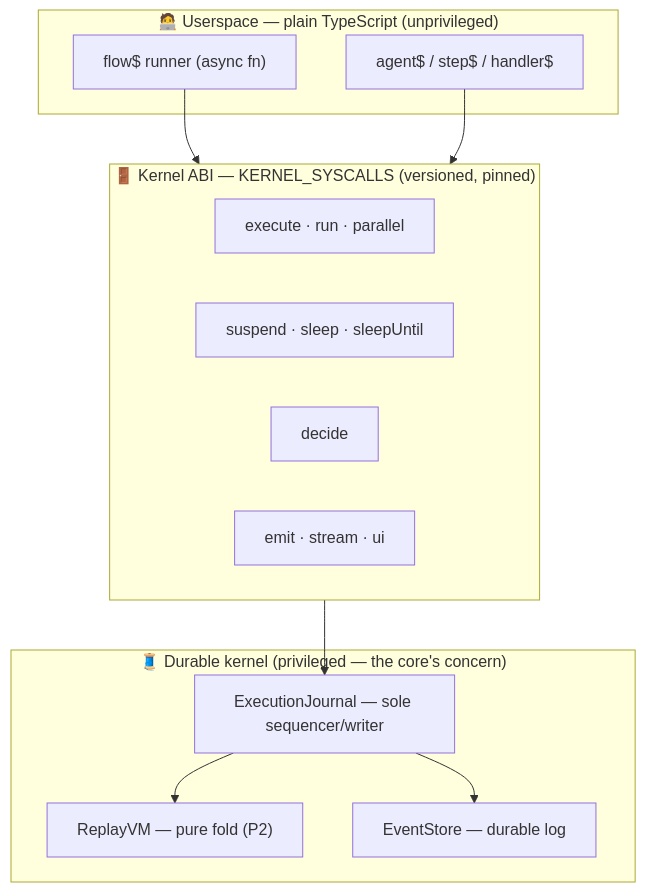
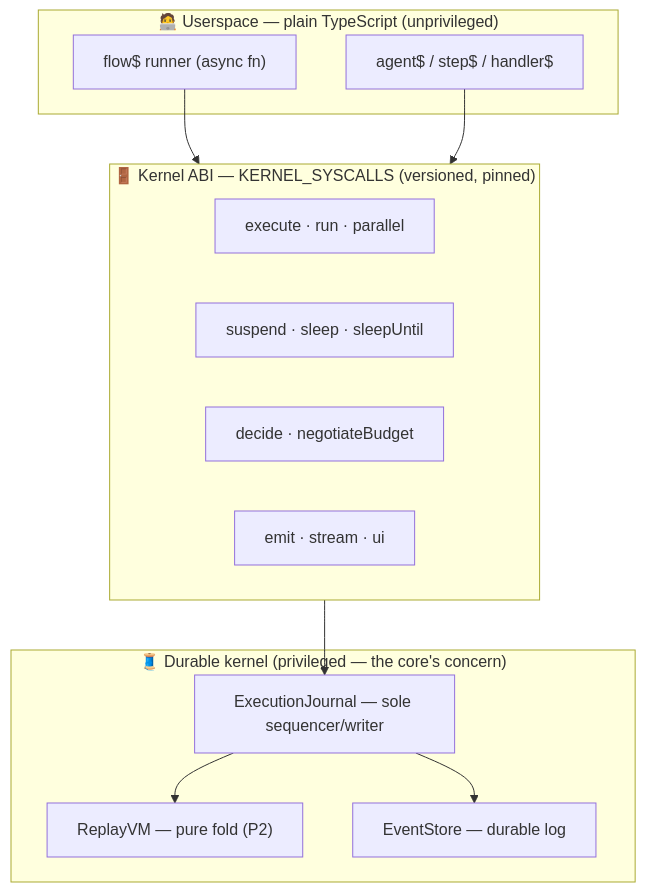
One commit to chhetrisushil/loom changed the first of 8 diagrams in docs/loom-2.0/04-kernel-hardening.md. Above: the diagram before and after it, drawn with Mermaid. The commit also changed other lines of this file and 51 other files, not shown here.

````diff
--- a/docs/loom-2.0/04-kernel-hardening.md
+++ b/docs/loom-2.0/04-kernel-hardening.md
@@ -91,26 +92,26 @@
 ```mermaid
 flowchart TB
   subgraph User["🧑‍💻 Userspace — plain TypeScript (unprivileged)"]
     F["flow$ runner (async fn)"]
     A["agent$ / step$ / handler$"]
   end
 
   subgraph ABI["🚪 Kernel ABI — KERNEL_SYSCALLS (versioned, pinned)"]
     S1["execute · run · parallel"]
     S2["suspend · sleep · sleepUntil"]
-    S3["decide"]
+    S3["decide · negotiateBudget"]
     S4["emit · stream · ui"]
   end
 
   subgraph Kernel["🧵 Durable kernel (privileged — the core's concern)"]
     J["ExecutionJournal — sole sequencer/writer"]
     VM["ReplayVM — pure fold (P2)"]
     ES["EventStore — durable log"]
   end
 
   F --> ABI
   A --> ABI
   ABI --> J
   J --> VM
   J --> ES
 ```
````
